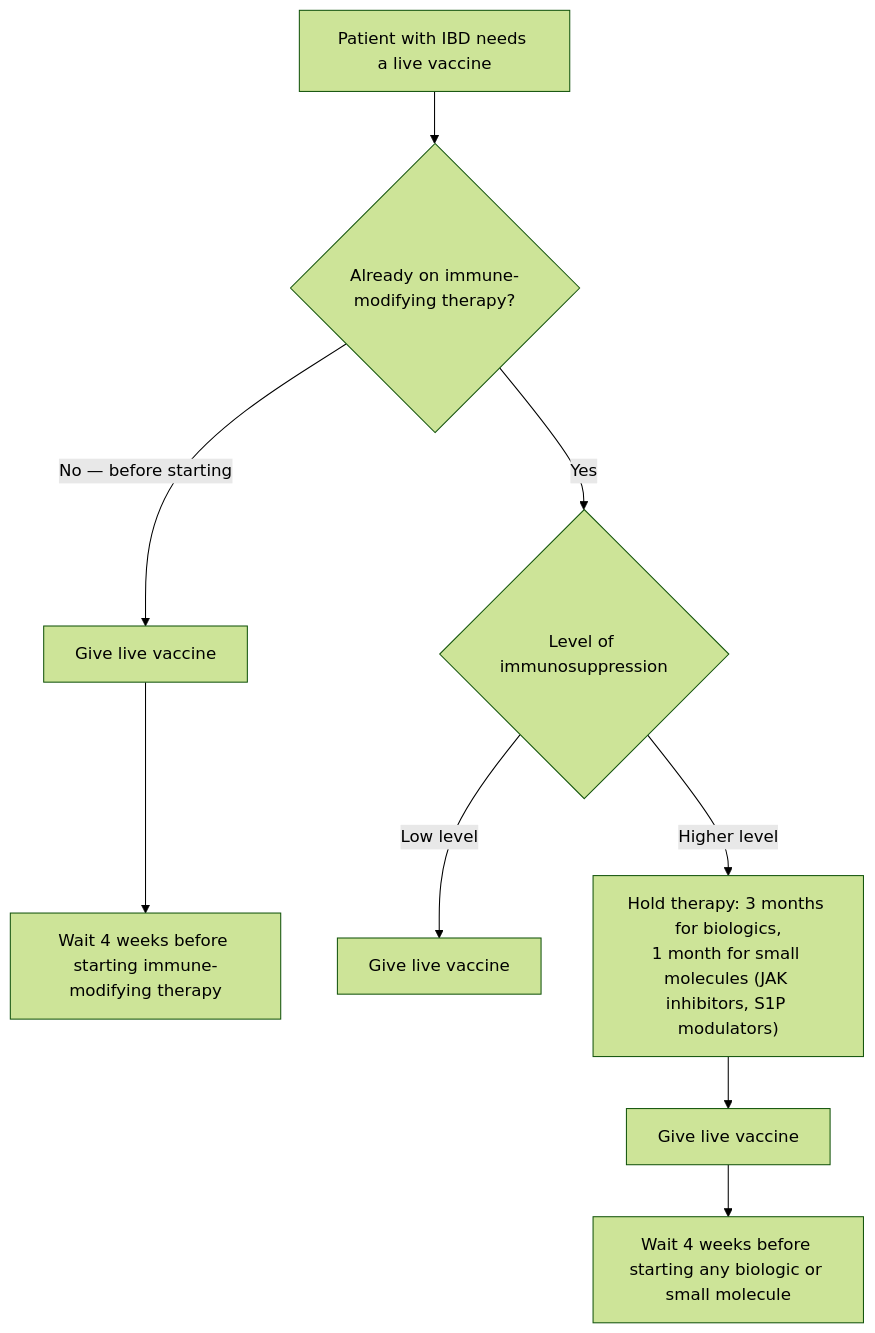
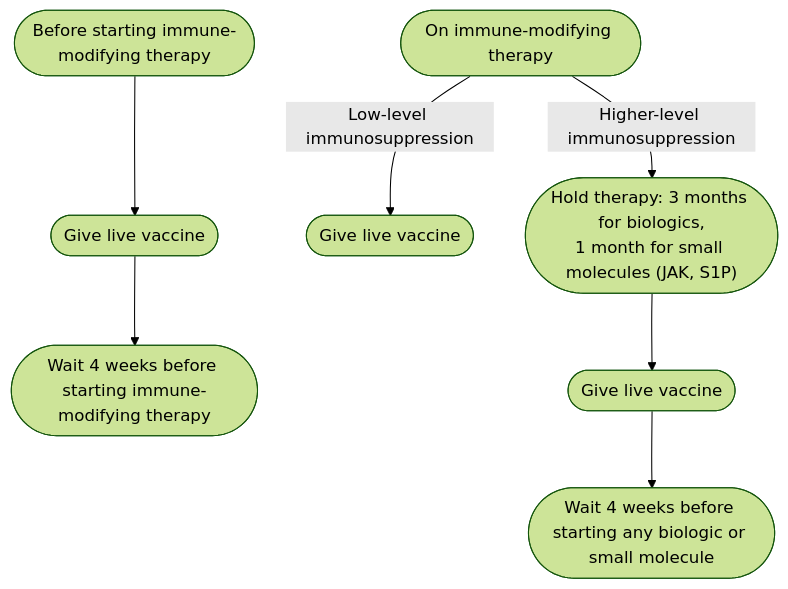
Before and after one commit to KHNickLeMD/KHNL-GI-Wiki: the first of 2 diagrams in KHNL-GI-Wiki/wiki/7-concepts/ibd-preventive-care.md, drawn with Mermaid (forest theme). The commit also changed other lines of this file and 23 other files, not shown here.

````diff
--- a/KHNL-GI-Wiki/wiki/7-concepts/ibd-preventive-care.md
+++ b/KHNL-GI-Wiki/wiki/7-concepts/ibd-preventive-care.md
@@ -61,11 +72,11 @@
 ```mermaid
 flowchart TD
-    A["Patient with IBD needs a live vaccine"] --> B{"Already on immune-modifying therapy?"}
-    B -->|"No — before starting"| C["Give live vaccine"]
-    C --> D["Wait 4 weeks before starting immune-modifying therapy"]
-    B -->|"Yes"| E{"Level of immunosuppression"}
-    E -->|"Low level"| F["Give live vaccine"]
-    E -->|"Higher level"| G["Hold therapy: 3 months for biologics,<br/>1 month for small molecules (JAK inhibitors, S1P modulators)"]
-    G --> H["Give live vaccine"]
-    H --> I["Wait 4 weeks before starting any biologic or small molecule"]
+    A(["Before starting immune-modifying therapy"]) --> B(["Give live vaccine"])
+    B --> C(["Wait 4 weeks before starting immune-modifying therapy"])
+    D(["On immune-modifying therapy"]) -- "Low-level immunosuppression" --> E(["Give live vaccine"])
+    D -- "Higher-level immunosuppression" --> F(["Hold therapy: 3 months for biologics,<br/>1 month for small molecules (JAK, S1P)"])
+    F --> G(["Give live vaccine"])
+    G --> H(["Wait 4 weeks before starting any biologic or small molecule"])
+    class A,D start
+    class B,C,E,F,G,H act
 ```
````
